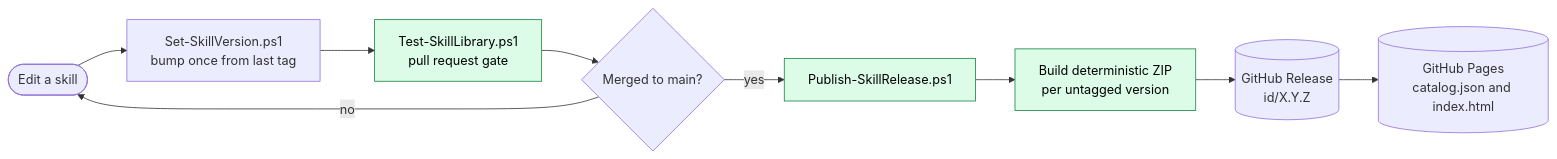
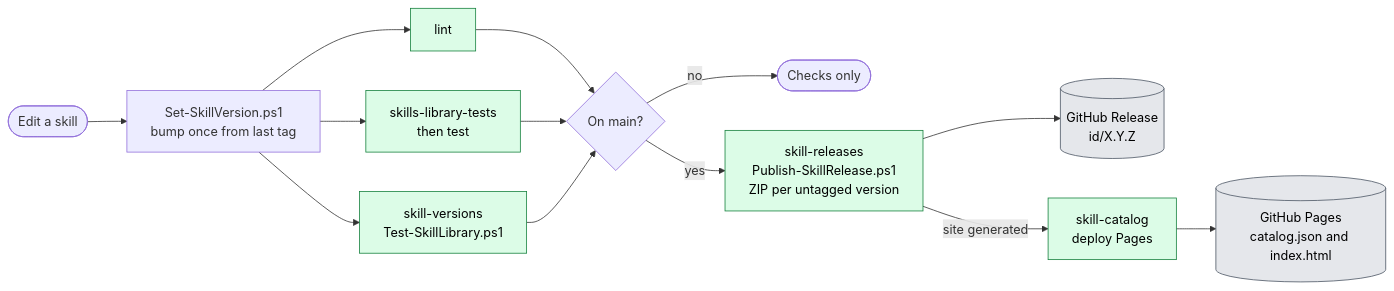
Before and after one commit to f2calv/.github: the third of 6 diagrams in docs/architecture.md, drawn with Mermaid. The commit also changed other lines of this file and 2 other files, not shown here.

First line of the commit message:
docs(architecture): add skill library tooling and lifecycle views

````diff
--- a/docs/architecture.md
+++ b/docs/architecture.md
@@ -72,14 +90,18 @@
 ```mermaid
 flowchart LR
+    classDef ci fill:#dcfce7,stroke:#15803d,color:#000
+    classDef store fill:#e5e7eb,stroke:#4b5563,color:#000
+
     edit([Edit a skill]) --> bump[Set-SkillVersion.ps1<br/>bump once from last tag]
-    bump --> check[Test-SkillLibrary.ps1<br/>pull request gate]
-    check --> merge{Merged to main?}
-    merge -- no --> edit
-    merge -- yes --> publish[Publish-SkillRelease.ps1]
-    publish --> zip[Build deterministic ZIP<br/>per untagged version]
-    zip --> release[(GitHub Release<br/>id/X.Y.Z)]
-    release --> catalog[(GitHub Pages<br/>catalog.json and index.html)]
-
-    classDef ci fill:#dcfce7,stroke:#15803d,color:#000
-    class check,publish,zip ci
+    bump --> lint[lint]:::ci
+    bump --> test[skills-library-tests<br/>then test]:::ci
+    bump --> versions[skill-versions<br/>Test-SkillLibrary.ps1]:::ci
+    lint --> main{On main?}
+    test --> main
+    versions --> main
+    main -- no --> done([Checks only])
+    main -- yes --> releases[skill-releases<br/>Publish-SkillRelease.ps1<br/>ZIP per untagged version]:::ci
+    releases --> release[(GitHub Release<br/>id/X.Y.Z)]:::store
+    releases -->|"site generated"| catalog[skill-catalog<br/>deploy Pages]:::ci
+    catalog --> pages[(GitHub Pages<br/>catalog.json and index.html)]:::store
 ```
````
